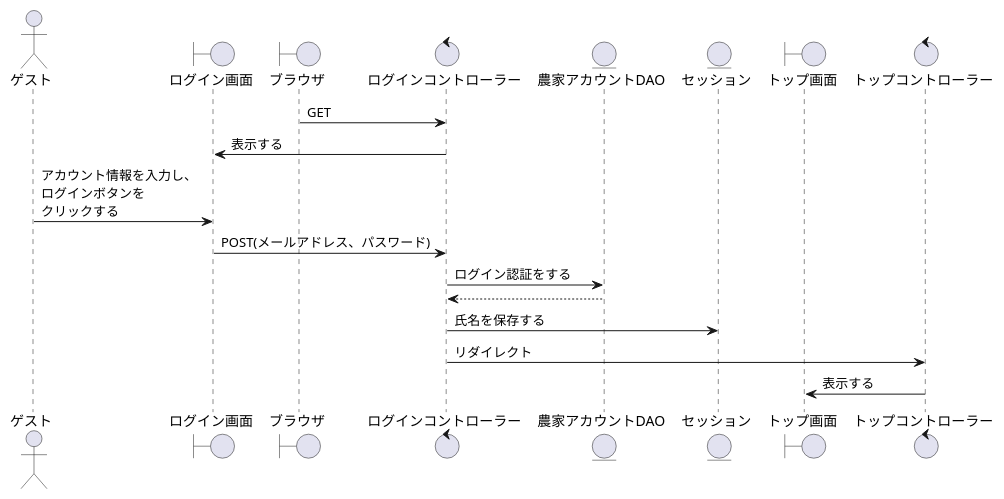
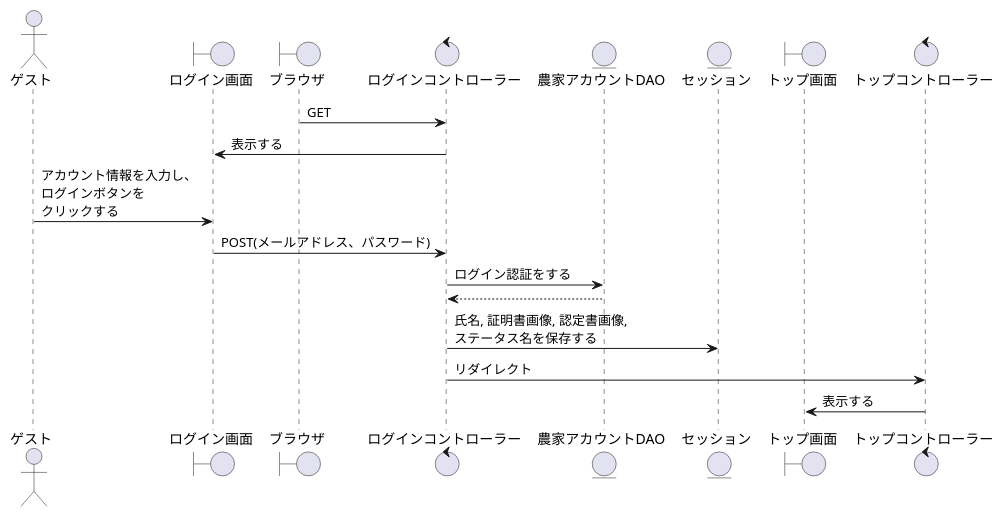
Before and after one commit to SK-B-S/PJ: the diagram in PJ_シーケンス/農家/ログイン.wsd, drawn with PlantUML. The commit also changed 27 other files, not shown here.

```diff
--- a/PJ_シーケンス/農家/ログイン.wsd
+++ b/PJ_シーケンス/農家/ログイン.wsd
@@ -1,24 +1,24 @@
 @startuml ログイン
 
 actor    "ゲスト" as act
 boundary "ログイン画面" as Login
 boundary "ブラウザ" as brz
 control  "ログインコントローラー" as Approval_c
 entity   "農家アカウントDAO" as Account
 entity   "セッション" as sessyon
 boundary "トップ画面" as Top
 control  "トップコントローラー" as Completion_c
 
 '-------------------------------------------------------------------------------------------
 
 brz -> Approval_c : GET
 Login <- Approval_c : 表示する
 act -> Login : アカウント情報を入力し、\nログインボタンを\nクリックする
 Login -> Approval_c : POST(メールアドレス、パスワード)
 Approval_c -> Account : ログイン認証をする
 Approval_c <-- Account
-Approval_c -> sessyon : 氏名を保存する
+Approval_c -> sessyon : 氏名, 証明書画像, 認定書画像, \nステータス名を保存する
 Approval_c -> Completion_c : リダイレクト
 Completion_c -> Top : 表示する
 
 @enduml
```
